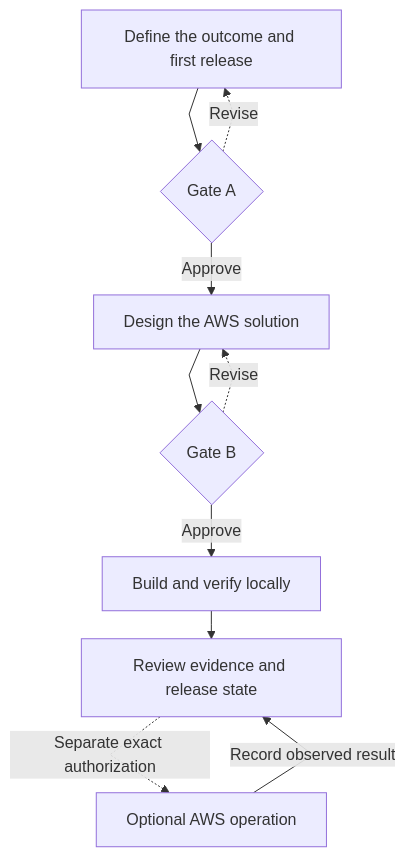
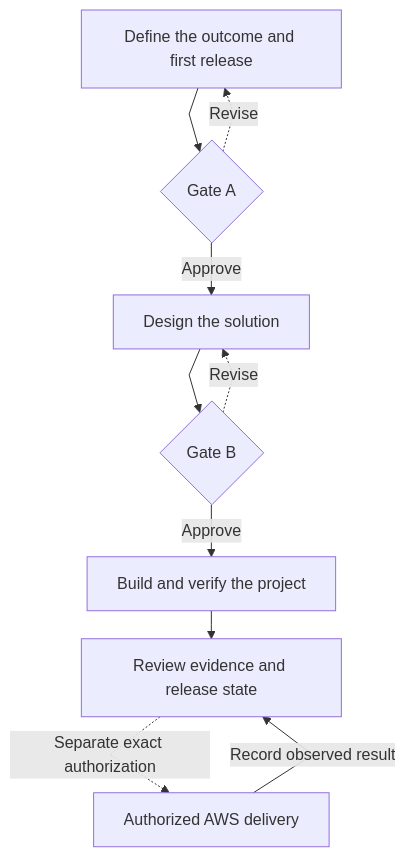
One commit to Levi-Breedlove/codex-aws-aidlc changed the diagram in README.md. Above: the diagram before and after it, drawn with Mermaid. The commit also changed other lines of this file and 13 other files, not shown here.

First line of the commit message:
Clarify Fastlane product scope and align documentation for v1.4.3 (#127)

````diff
--- a/README.md
+++ b/README.md
@@ -51,24 +57,24 @@
 ```mermaid
 %%{init: {"flowchart": {"curve": "linear", "nodeSpacing": 24, "rankSpacing": 28}, "themeVariables": {"fontSize": "16px"}}}%%
 flowchart TB
     accTitle: AWS Codex Fastlane product lifecycle
-    accDescr: The owner approves requirements at Gate A and the technical plan and local construction boundary at Gate B. Fastlane then builds and verifies locally. An optional AWS operation requires separate exact owner authorization, and its observed result returns to release review.
+    accDescr: Define the product, approve requirements at Gate A, design the solution, and approve bounded repository construction at Gate B. Build and verify the project, then review release evidence. Authorized AWS delivery follows separately and returns observed results to release review.
 
     DEFINE["Define the outcome and first release"]
     GATEA{"Gate A"}
-    DESIGN["Design the AWS solution"]
+    DESIGN["Design the solution"]
     GATEB{"Gate B"}
-    LOCAL["Build and verify locally"]
+    LOCAL["Build and verify the project"]
     REVIEW["Review evidence and release state"]
-    AWS["Optional AWS operation"]
+    AWS["Authorized AWS delivery"]
 
     DEFINE --> GATEA
     GATEA -->|"Approve"| DESIGN
     GATEA -. "Revise" .-> DEFINE
     DESIGN --> GATEB
     GATEB -->|"Approve"| LOCAL
     GATEB -. "Revise" .-> DESIGN
     LOCAL --> REVIEW
     REVIEW -. "Separate exact authorization" .-> AWS
     AWS -->|"Record observed result"| REVIEW
 ```
````
